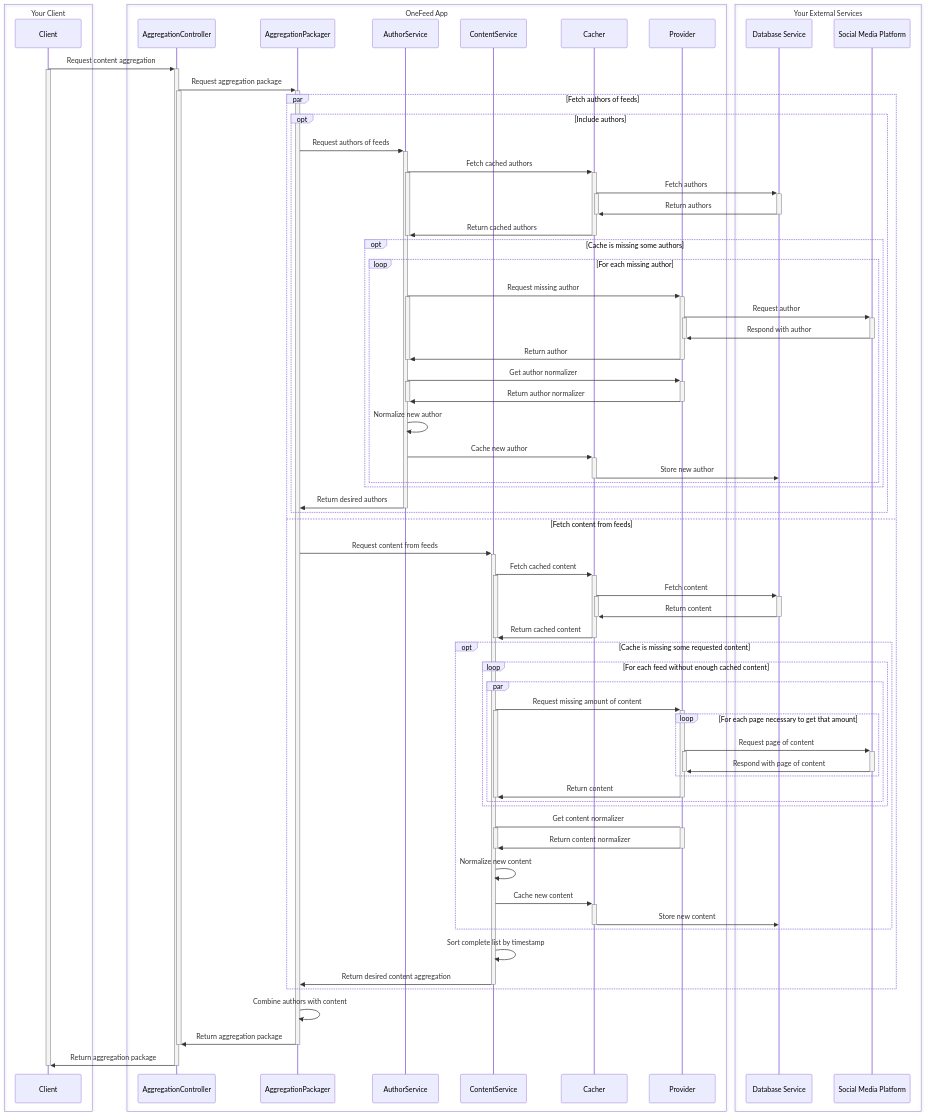
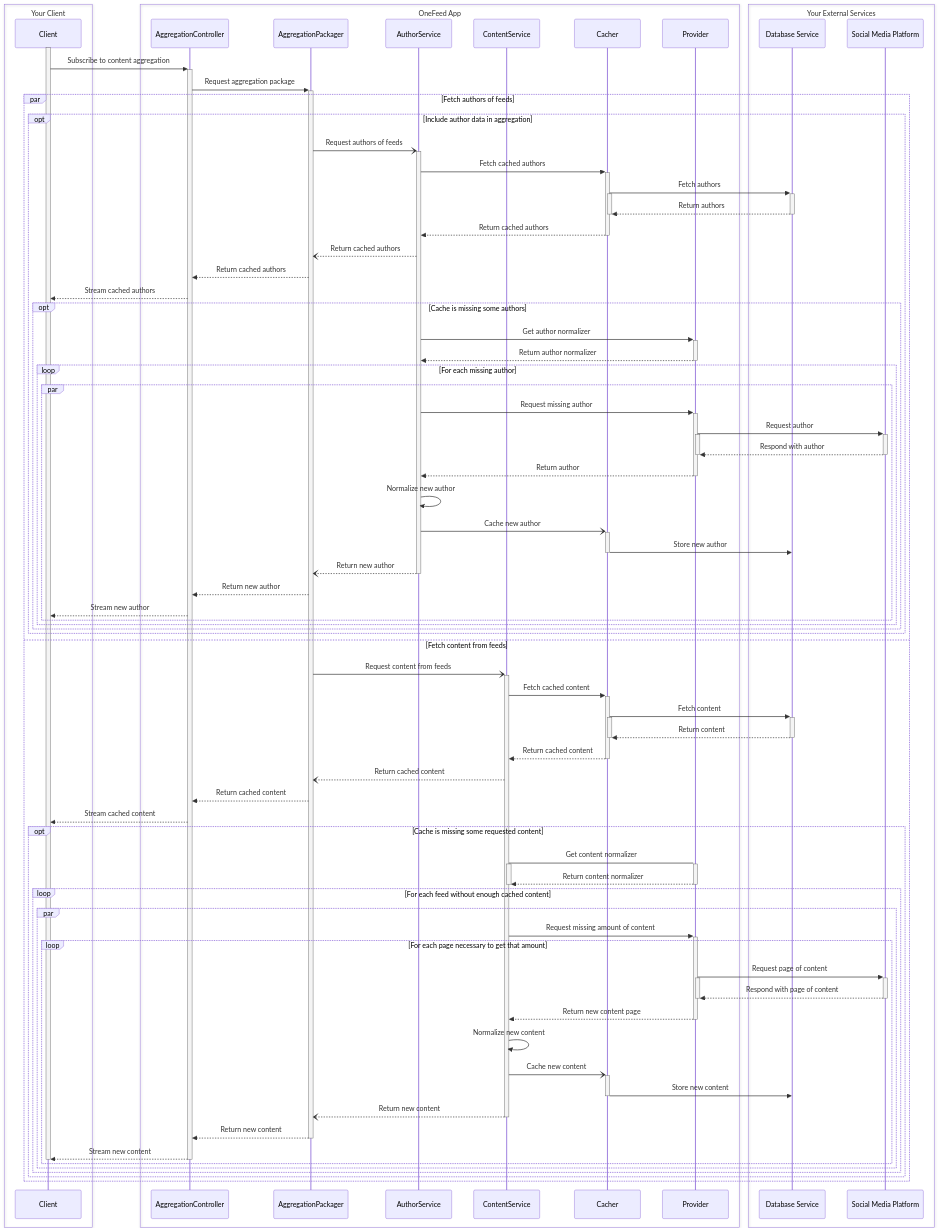
The diagram in docs/architecture.md (justinquinnb/OneFeed), drawn with Mermaid before and after one commit. The commit also changed other lines of this file, not shown here.

Commit message:
Update sequence diagram to reflect revised aggregation API approach

````diff
--- a/docs/architecture.md
+++ b/docs/architecture.md
@@ -21,81 +19,90 @@
         participant Social Media Platform
     end
 
-    Client->>+AggregationController: Request content aggregation
     activate Client
+    Client->>+AggregationController: Subscribe to content aggregation
     AggregationController->>+AggregationPackager: Request aggregation package
-    activate AggregationController
     par Fetch authors of feeds
-        opt Include authors
-            AggregationPackager->>+AuthorService: Request authors of feeds
+        opt Include author data in aggregation
+            AggregationPackager-)+AuthorService: Request authors of feeds
+            
             AuthorService->>+Cacher: Fetch cached authors
-            activate AuthorService
-                Cacher->>+Database Service: Fetch authors
-                activate Cacher
-                    Database Service->>-Cacher: Return authors
-                deactivate Cacher
-                Cacher->>-AuthorService: Return cached authors
-            deactivate AuthorService
+            Cacher->>+Database Service: Fetch authors
+            activate Cacher
+                Database Service-->>-Cacher: Return authors
+            deactivate Cacher
+            Cacher-->>-AuthorService: Return cached authors
+            AuthorService--)AggregationPackager: Return cached authors
+            AggregationPackager-->>AggregationController: Return cached authors
+            AggregationController-->>Client: Stream cached authors
+            
             opt Cache is missing some authors
+                AuthorService->>+Provider: Get author normalizer
+                Provider-->>-AuthorService: Return author normalizer
+                
                 loop For each missing author
-                    AuthorService->>+Provider: Request missing author
-                    activate AuthorService
+                    par
+                        AuthorService->>+Provider: Request missing author
                         Provider->>+Social Media Platform: Request author
                         activate Provider
-                            Social Media Platform->>-Provider: Respond with author
+                            Social Media Platform-->>-Provider: Respond with author
                         deactivate Provider
-                        Provider->>-AuthorService: Return author
-                    deactivate AuthorService
-                    AuthorService->>+Provider: Get author normalizer
-                    activate AuthorService
-                        Provider->>-AuthorService: Return author normalizer
-                    deactivate AuthorService
-                    AuthorService->>AuthorService: Normalize new author
-                    AuthorService->>+Cacher: Cache new author
-                    Cacher->>-Database Service: Store new author
+                        Provider-->>-AuthorService: Return author
+                        
+                        AuthorService->>AuthorService: Normalize new author
+                        
+                        AuthorService-)+Cacher: Cache new author
+                        Cacher->>-Database Service: Store new author
+                        
+                        AuthorService--)-AggregationPackager: Return new author
+                        AggregationPackager-->>AggregationController: Return new author
+                        AggregationController-->>Client: Stream new author
+                    end
                 end
             end
-            AuthorService->>-AggregationPackager: Return desired authors
         end
     and Fetch content from feeds
-        AggregationPackager->>+ContentService: Request content from feeds
+        AggregationPackager-)+ContentService: Request content from feeds
+        
         ContentService->>+Cacher: Fetch cached content
-        activate ContentService
-            Cacher->>+Database Service: Fetch content
-            activate Cacher
-                Database Service->>-Cacher: Return content
-            deactivate Cacher
-            Cacher->>-ContentService: Return cached content
-        deactivate ContentService
+        Cacher->>+Database Service: Fetch content
+        activate Cacher
+            Database Service-->>-Cacher: Return content
+        deactivate Cacher
+        Cacher-->>-ContentService: Return cached content
+        ContentService--)AggregationPackager: Return cached content
+        AggregationPackager-->>AggregationController: Return cached content
+        AggregationController-->>Client: Stream cached content
+        
         opt Cache is missing some requested content
+        
+            ContentService->+Provider: Get content normalizer
+            activate ContentService
+                Provider-->>-ContentService: Return content normalizer
+            deactivate ContentService
+            
             loop For each feed without enough cached content
                 par
                     ContentService->>+Provider: Request missing amount of content
-                    activate ContentService
-                        loop For each page necessary to get that amount
-                            Provider->>+Social Media Platform: Request page of content
-                            activate Provider
-                                Social Media Platform->>-Provider: Respond with page of content
-                            deactivate Provider
-                        end
-                        Provider->>-ContentService: Return content
-                    deactivate ContentService
+                    loop For each page necessary to get that amount
+                        Provider->>+Social Media Platform: Request page of content
+                        activate Provider
+                            Social Media Platform-->>-Provider: Respond with page of content
+                        deactivate Provider
+                        Provider-->>-ContentService: Return new content page
+                        
+                        ContentService->>ContentService: Normalize new content
+                        
+                        ContentService-)+Cacher: Cache new content
+                        Cacher->>-Database Service: Store new content
+                        
+                        ContentService--)-AggregationPackager: Return new content
+                        AggregationPackager-->>-AggregationController: Return new content
+                        AggregationController-->>-Client: Stream new content
+                        deactivate Client
+                    end
                 end
             end
-            ContentService->+Provider: Get content normalizer
-            activate ContentService
-                Provider->>-ContentService: Return content normalizer
-            deactivate ContentService
-            ContentService->>ContentService: Normalize new content
-            ContentService->>+Cacher: Cache new content
-            Cacher->>-Database Service: Store new content
         end
-        ContentService->>ContentService: Sort complete list by timestamp
-        ContentService->>-AggregationPackager: Return desired content aggregation
     end
-    AggregationPackager->>AggregationPackager: Combine authors with content
-    AggregationPackager->>-AggregationController: Return aggregation package
-    deactivate AggregationController
-    AggregationController->>-Client: Return aggregation package
-    deactivate Client
 ```
````
